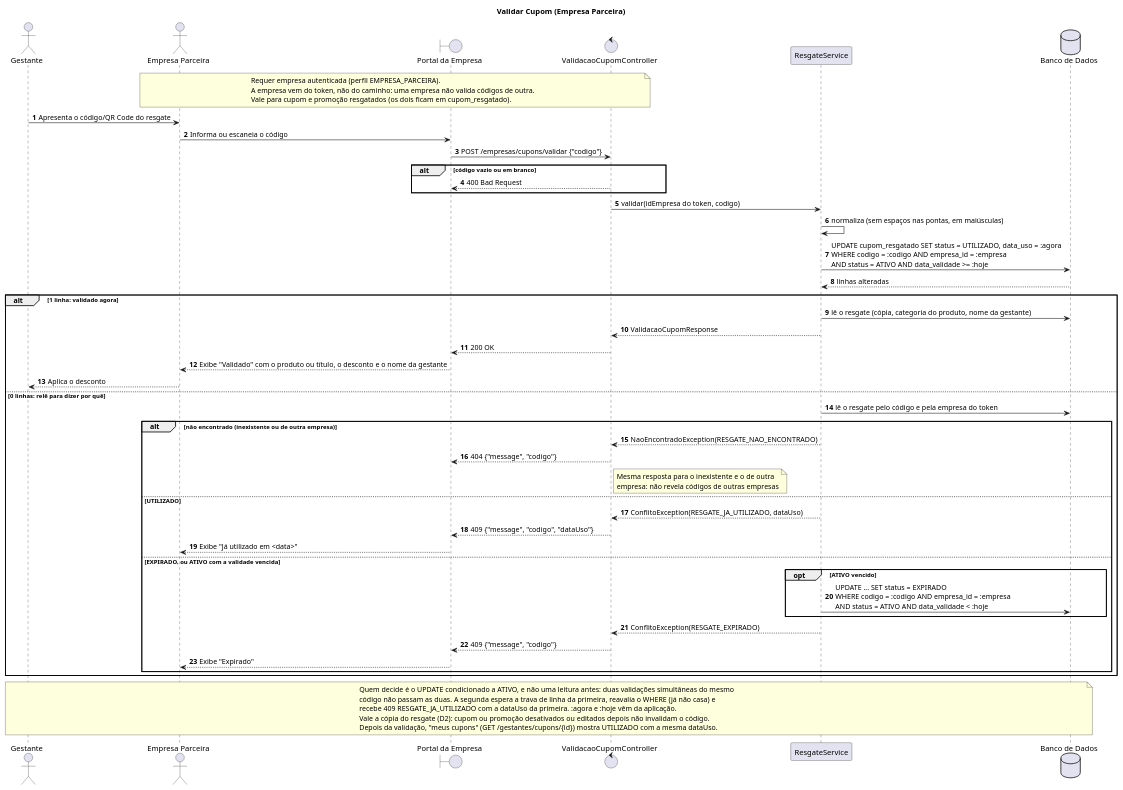
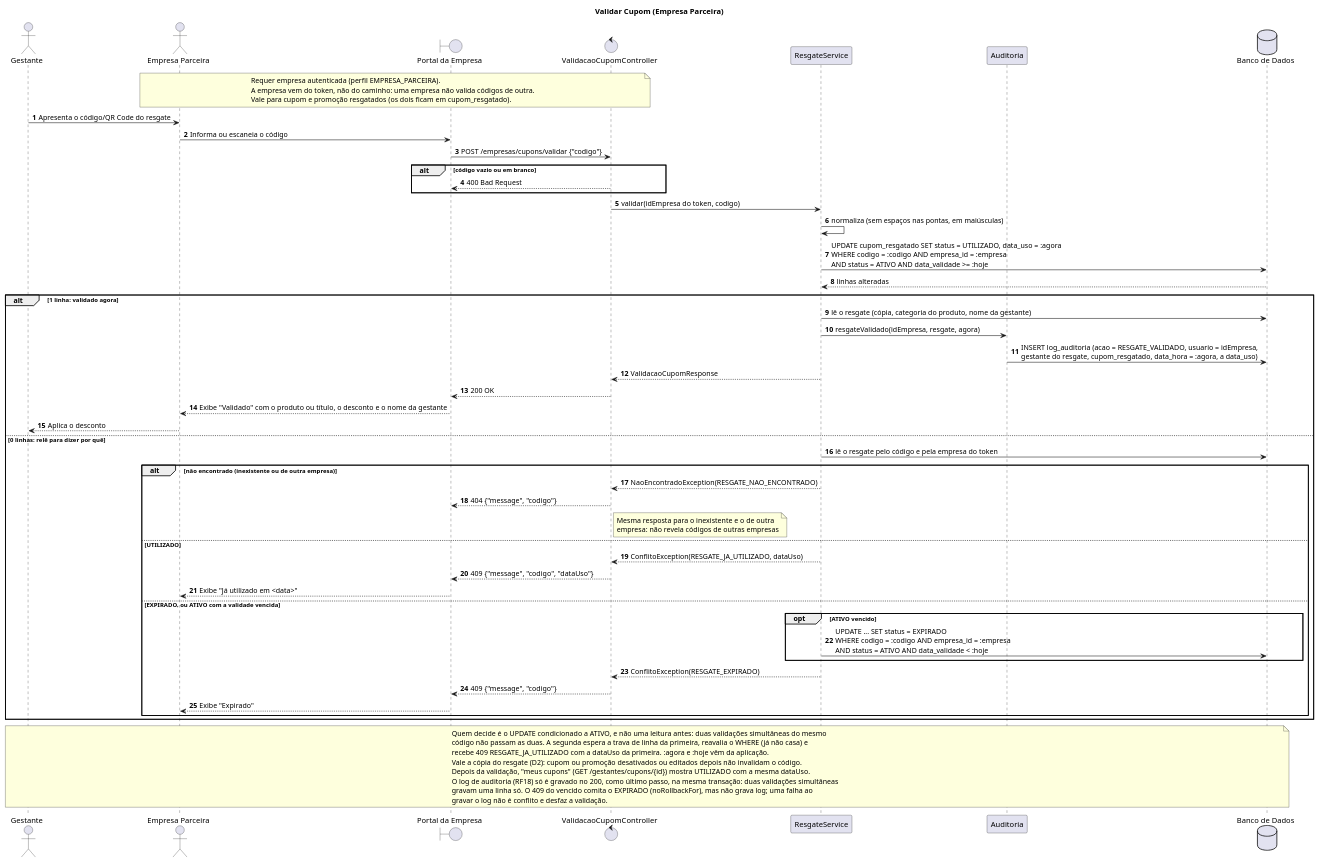
One commit to CozyShelf/previna-backend changed the diagram in docs/sequence-diagrams/validar-cupom/validar-cupom.puml. Above: the diagram before and after it, drawn with PlantUML. The commit also changed 17 other files, not shown here.

Commit message:
docs: log de auditoria no README, nos diagramas de sequência e no modelo lógico

```diff
--- a/docs/sequence-diagrams/validar-cupom/validar-cupom.puml
+++ b/docs/sequence-diagrams/validar-cupom/validar-cupom.puml
@@ -1,68 +1,74 @@
 @startuml validar-cupom
 title Validar Cupom (Empresa Parceira)
 autonumber
 
 actor "Gestante" as Gestante
 actor "Empresa Parceira" as Empresa
 boundary "Portal da Empresa" as Portal
 control "ValidacaoCupomController" as Controller
 participant "ResgateService" as Service
+participant "Auditoria" as Auditoria
 database "Banco de Dados" as BD
 
 note over Empresa, Controller
     Requer empresa autenticada (perfil EMPRESA_PARCEIRA).
     A empresa vem do token, não do caminho: uma empresa não valida códigos de outra.
     Vale para cupom e promoção resgatados (os dois ficam em cupom_resgatado).
 end note
 
 Gestante -> Empresa : Apresenta o código/QR Code do resgate
 Empresa -> Portal : Informa ou escaneia o código
 Portal -> Controller : POST /empresas/cupons/validar {"codigo"}
 
 alt código vazio ou em branco
     Controller --> Portal : 400 Bad Request
 end
 
 Controller -> Service : validar(idEmpresa do token, codigo)
 Service -> Service : normaliza (sem espaços nas pontas, em maiúsculas)
 Service -> BD : UPDATE cupom_resgatado SET status = UTILIZADO, data_uso = :agora\nWHERE codigo = :codigo AND empresa_id = :empresa\nAND status = ATIVO AND data_validade >= :hoje
 BD --> Service : linhas alteradas
 
 alt 1 linha: validado agora
     Service -> BD : lê o resgate (cópia, categoria do produto, nome da gestante)
+    Service -> Auditoria : resgateValidado(idEmpresa, resgate, agora)
+    Auditoria -> BD : INSERT log_auditoria (acao = RESGATE_VALIDADO, usuario = idEmpresa,\ngestante do resgate, cupom_resgatado, data_hora = :agora, a data_uso)
     Service --> Controller : ValidacaoCupomResponse
     Controller --> Portal : 200 OK
     Portal --> Empresa : Exibe "Validado" com o produto ou título, o desconto e o nome da gestante
     Empresa --> Gestante : Aplica o desconto
 else 0 linhas: relê para dizer por quê
     Service -> BD : lê o resgate pelo código e pela empresa do token
     alt não encontrado (inexistente ou de outra empresa)
         Service --> Controller : NaoEncontradoException(RESGATE_NAO_ENCONTRADO)
         Controller --> Portal : 404 {"message", "codigo"}
         note right of Controller
             Mesma resposta para o inexistente e o de outra
             empresa: não revela códigos de outras empresas
         end note
     else UTILIZADO
         Service --> Controller : ConflitoException(RESGATE_JA_UTILIZADO, dataUso)
         Controller --> Portal : 409 {"message", "codigo", "dataUso"}
         Portal --> Empresa : Exibe "Já utilizado em <data>"
     else EXPIRADO, ou ATIVO com a validade vencida
         opt ATIVO vencido
             Service -> BD : UPDATE ... SET status = EXPIRADO\nWHERE codigo = :codigo AND empresa_id = :empresa\nAND status = ATIVO AND data_validade < :hoje
         end
         Service --> Controller : ConflitoException(RESGATE_EXPIRADO)
         Controller --> Portal : 409 {"message", "codigo"}
         Portal --> Empresa : Exibe "Expirado"
     end
 end
 
 note over Gestante, BD
     Quem decide é o UPDATE condicionado a ATIVO, e não uma leitura antes: duas validações simultâneas do mesmo
     código não passam as duas. A segunda espera a trava de linha da primeira, reavalia o WHERE (já não casa) e
     recebe 409 RESGATE_JA_UTILIZADO com a dataUso da primeira. :agora e :hoje vêm da aplicação.
     Vale a cópia do resgate (D2): cupom ou promoção desativados ou editados depois não invalidam o código.
     Depois da validação, "meus cupons" (GET /gestantes/cupons/{id}) mostra UTILIZADO com a mesma dataUso.
+    O log de auditoria (RF18) só é gravado no 200, como último passo, na mesma transação: duas validações simultâneas
+    gravam uma linha só. O 409 do vencido comita o EXPIRADO (noRollbackFor), mas não grava log; uma falha ao
+    gravar o log não é conflito e desfaz a validação.
 end note
 
 @enduml
```
